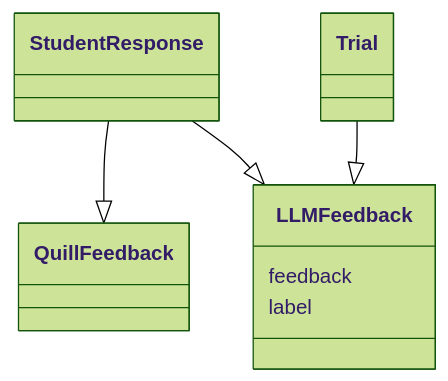
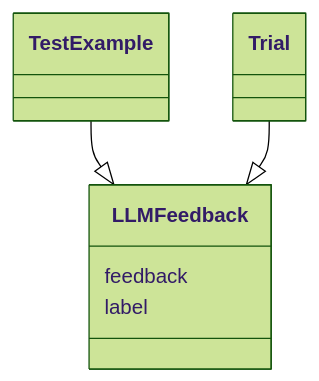
The fourth of 4 diagrams in services/QuillLMS/engines/evidence/app/models/evidence/research/readme.md (empirical-org/Empirical-Core), drawn with Mermaid (forest theme) before and after one commit. The commit also changed other lines of this file and 7 other files, not shown here.

````diff
--- a/services/QuillLMS/engines/evidence/app/models/evidence/research/readme.md
+++ b/services/QuillLMS/engines/evidence/app/models/evidence/research/readme.md
@@ -61,14 +89,13 @@
 ```mermaid
 classDiagram
-    class StudentResponse {
-    }
-    class QuillFeedback {
+    class TestExample {
     }
     class LLMFeedback {
         feedback
         label
     }
-    StudentResponse --|> QuillFeedback
-    StudentResponse --|> LLMFeedback
+    class Trial {
+    }
+    TestExample --|> LLMFeedback
     Trial --|> LLMFeedback
 ```
````
